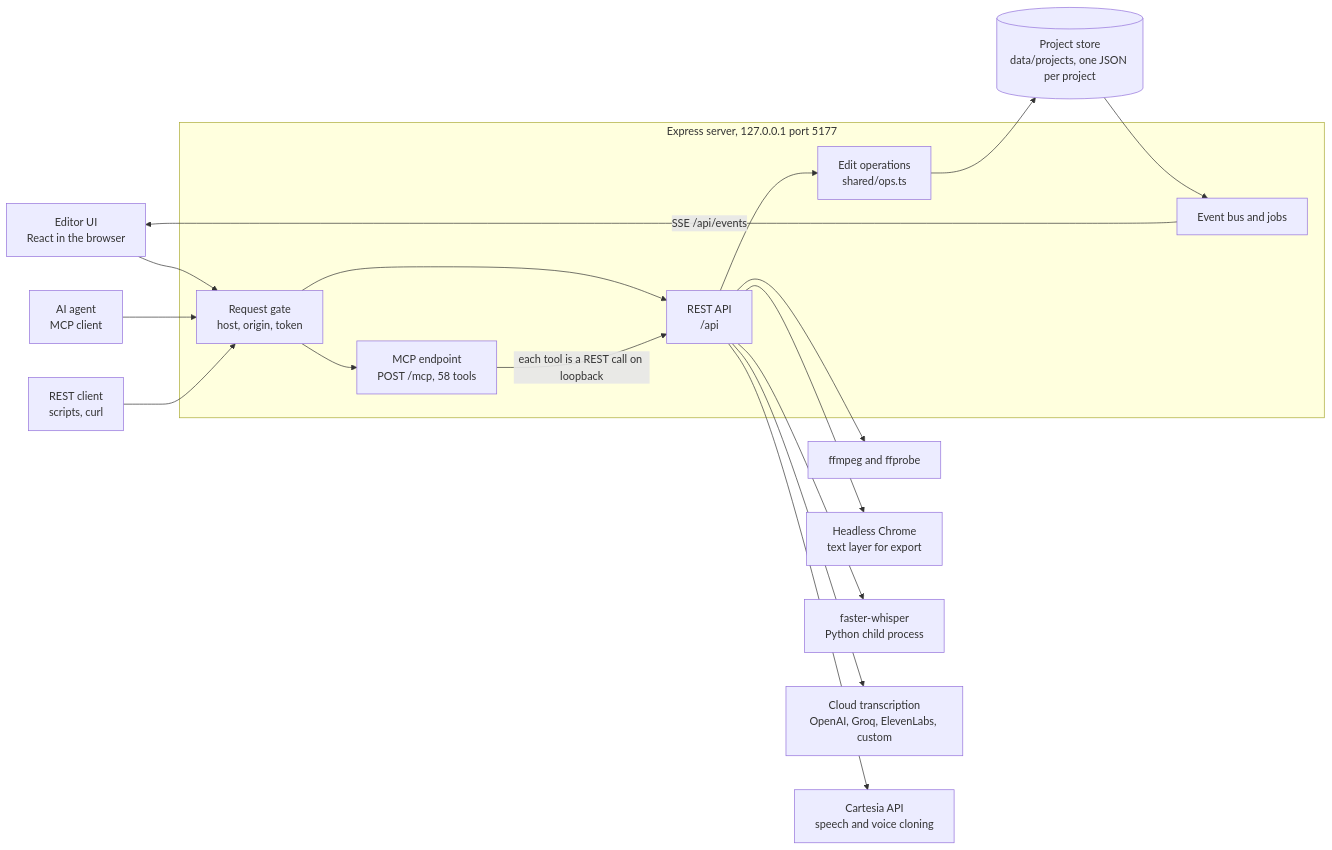
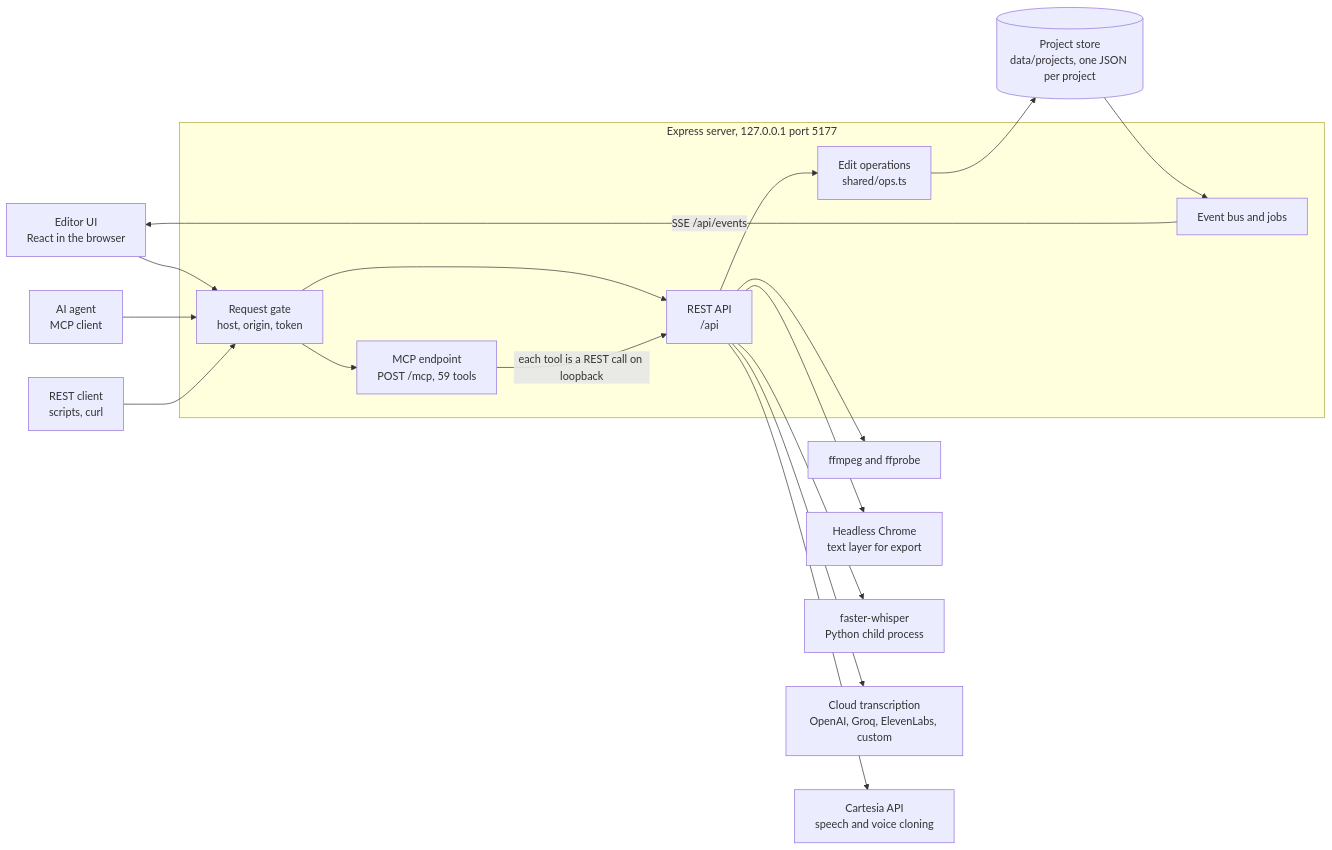
One commit to hoodini/yuv-studio changed the first of 9 diagrams in docs/ARCHITECTURE.md. Above: the diagram before and after it, drawn with Mermaid. The commit also changed other lines of this file and 20 other files, not shown here.

Commit message:
Remove background without a green screen (text behind the person, portrait blur), text under video layers, transparent video; 59 MCP tools

````diff
--- a/docs/ARCHITECTURE.md
+++ b/docs/ARCHITECTURE.md
@@ -28,37 +28,37 @@
 ```mermaid
 flowchart LR
   UI["Editor UI<br/>React in the browser"]
   AG["AI agent<br/>MCP client"]
   RC["REST client<br/>scripts, curl"]
 
   subgraph SRV["Express server, 127.0.0.1 port 5177"]
     GATE["Request gate<br/>host, origin, token"]
     API["REST API<br/>/api"]
-    MCP["MCP endpoint<br/>POST /mcp, 58 tools"]
+    MCP["MCP endpoint<br/>POST /mcp, 59 tools"]
     OPS["Edit operations<br/>shared/ops.ts"]
     BUS["Event bus and jobs"]
   end
 
   STORE[("Project store<br/>data/projects, one JSON per project")]
   FF["ffmpeg and ffprobe"]
   CH["Headless Chrome<br/>text layer for export"]
   WH["faster-whisper<br/>Python child process"]
   STT["Cloud transcription<br/>OpenAI, Groq, ElevenLabs, custom"]
   CA["Cartesia API<br/>speech and voice cloning"]
 
   UI --> GATE
   AG --> GATE
   RC --> GATE
   GATE --> API
   GATE --> MCP
   MCP -->|"each tool is a REST call on loopback"| API
   API --> OPS
   OPS --> STORE
   STORE --> BUS
   BUS -->|"SSE /api/events"| UI
   API --> FF
   API --> CH
   API --> WH
   API --> STT
   API --> CA
 ```
````
